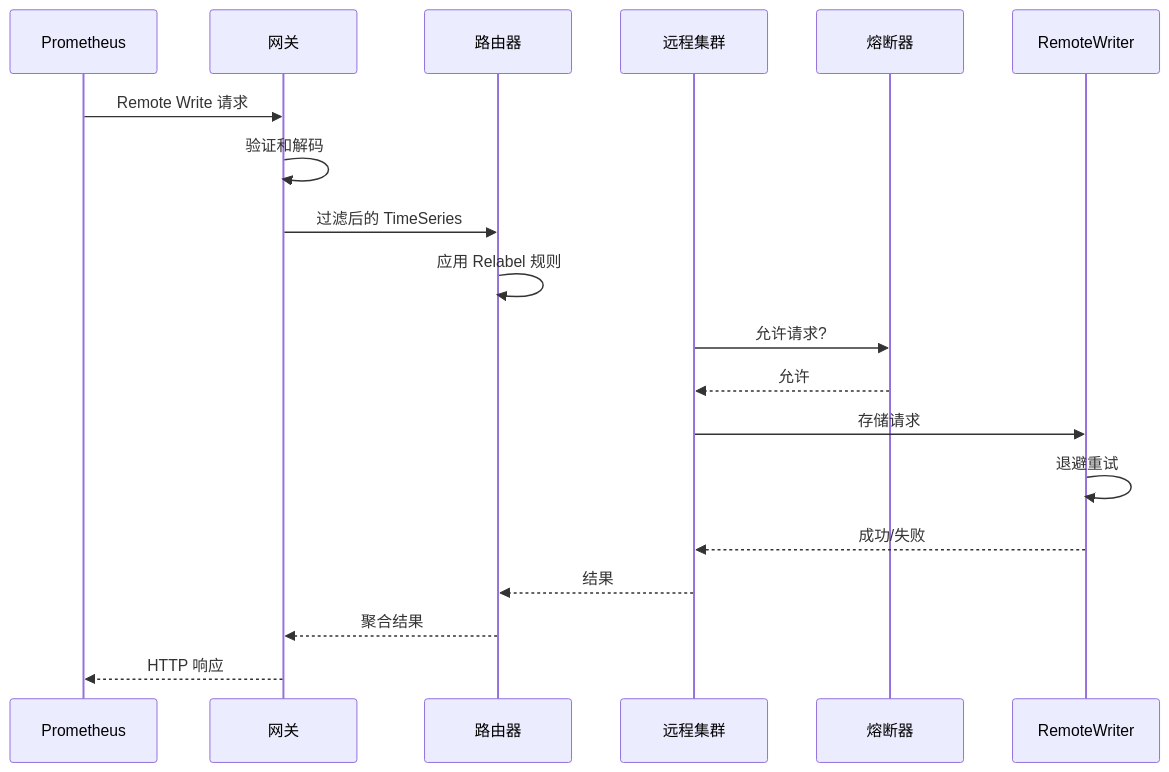
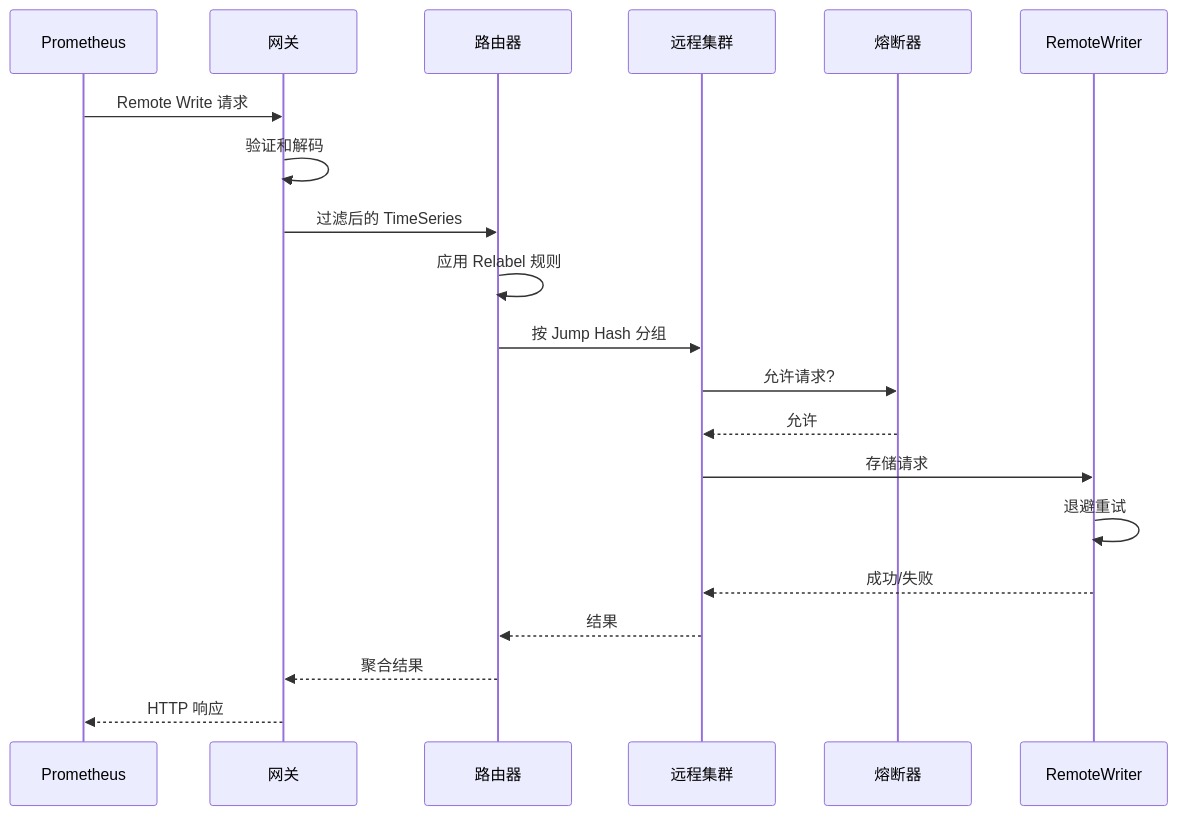
Before and after one commit to mickeyzzc/stream-metrics-route: the fourth of 4 diagrams in docs/architecture_zh.md, drawn with Mermaid. The commit also changed other lines of this file and 4 other files, not shown here.

````diff
--- a/docs/architecture_zh.md
+++ b/docs/architecture_zh.md
@@ -162,23 +162,23 @@
 ```mermaid
 sequenceDiagram
     participant C as Prometheus
     participant G as 网关
     participant R as 路由器
     participant RC as 远程集群
     participant CB as 熔断器
     participant RW as RemoteWriter
 
     C->>G: Remote Write 请求
     G->>G: 验证和解码
     G->>R: 过滤后的 TimeSeries
     R->>R: 应用 Relabel 规则
-    #MQ|    R->>RC: 按 Jump Hash 分组
+        R->>RC: 按 Jump Hash 分组
     RC->>CB: 允许请求?
     CB-->>RC: 允许
     RC->>RW: 存储请求
     RW->>RW: 退避重试
     RW-->>RC: 成功/失败
     RC-->>R: 结果
     R-->>G: 聚合结果
     G-->>C: HTTP 响应
 ```
````
